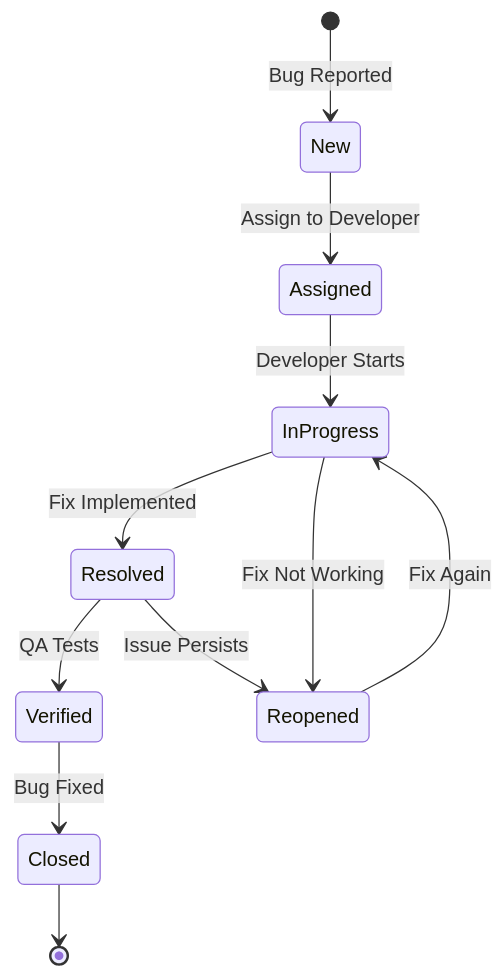
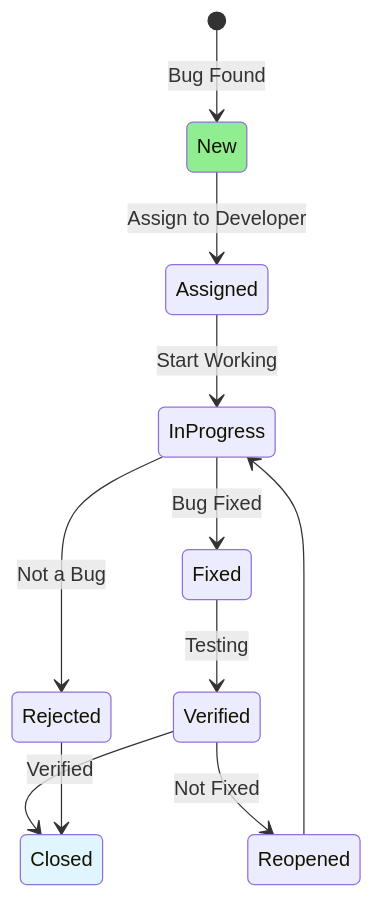
One commit to iouthnamain/tech-note changed the diagram in Full-Stack-Guides/Group-07-Unit-Test-Debug/07.09_Bug_Lifecycle.md. Above: the diagram before and after it, drawn with Mermaid. The commit also changed other lines of this file and 480 other files, not shown here.

````diff
--- a/Full-Stack-Guides/Group-07-Unit-Test-Debug/07.09_Bug_Lifecycle.md
+++ b/Full-Stack-Guides/Group-07-Unit-Test-Debug/07.09_Bug_Lifecycle.md
@@ -23,13 +22,16 @@
 ```mermaid
 stateDiagram-v2
-    [*] --> New: Bug Reported
+    [*] --> New: Bug Found
     New --> Assigned: Assign to Developer
-    Assigned --> InProgress: Developer Starts
-    InProgress --> Resolved: Fix Implemented
-    InProgress --> Reopened: Fix Not Working
-    Resolved --> Verified: QA Tests
-    Resolved --> Reopened: Issue Persists
-    Verified --> Closed: Bug Fixed
-    Reopened --> InProgress: Fix Again
-    Closed --> [*]
+    Assigned --> InProgress: Start Working
+    InProgress --> Fixed: Bug Fixed
+    InProgress --> Rejected: Not a Bug
+    Fixed --> Verified: Testing
+    Verified --> Closed: Verified
+    Verified --> Reopened: Not Fixed
+    Reopened --> InProgress
+    Rejected --> Closed
+    
+    style New fill:#90EE90
+    style Closed fill:#e1f5ff
 ```
````
